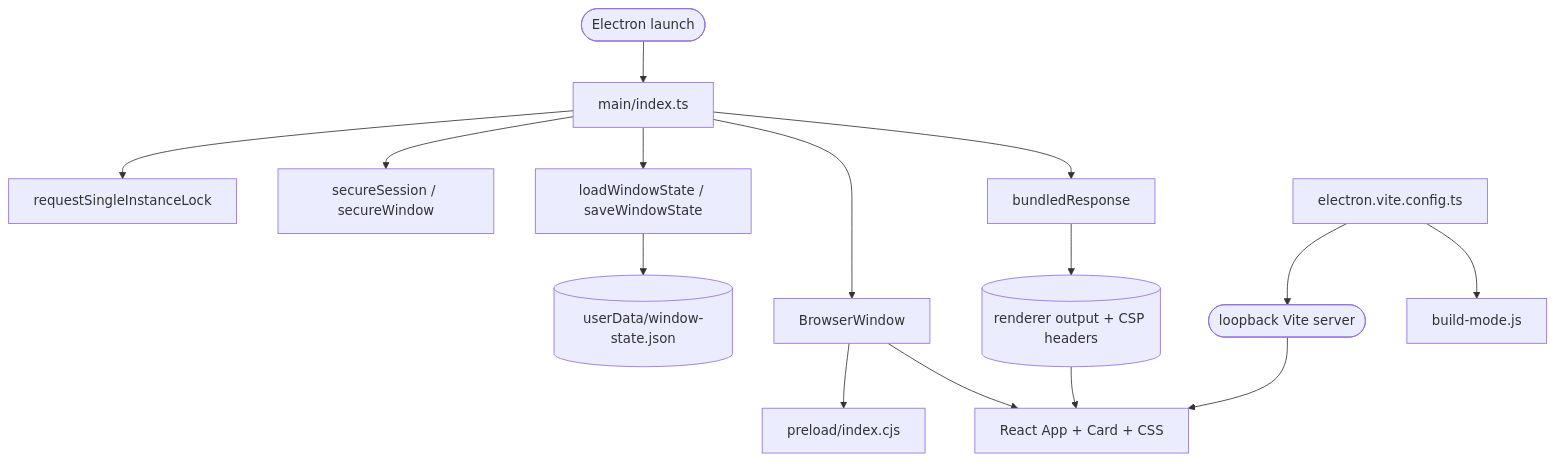
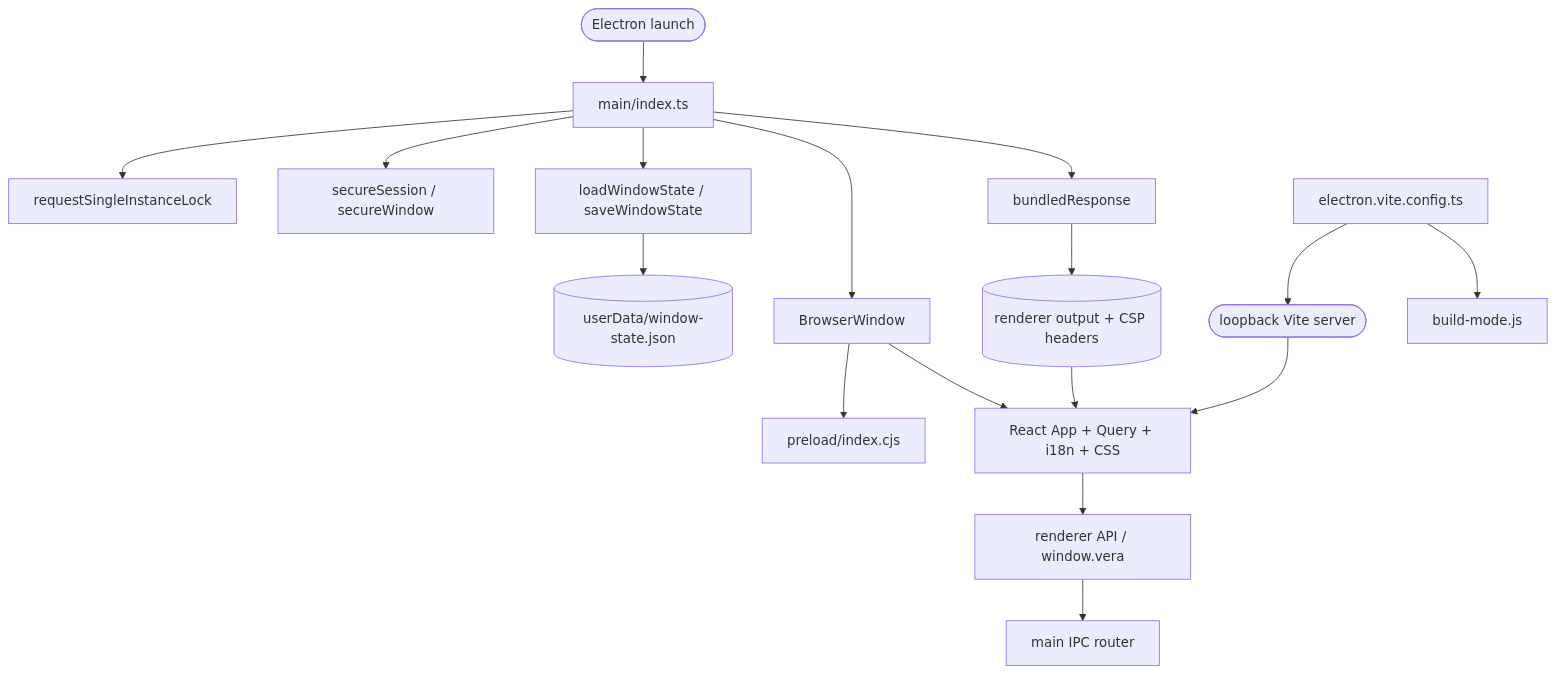
The diagram in .agentic/knowledge/desktop-shell.md (DDP-Engineering/2026_Virtual_Embedded_Rig_Assistant), drawn with Mermaid before and after one commit. The commit also changed other lines of this file and 52 other files, not shown here.

````diff
--- a/.agentic/knowledge/desktop-shell.md
+++ b/.agentic/knowledge/desktop-shell.md
@@ -60,17 +61,19 @@
 ```mermaid
 flowchart TD
   launch([Electron launch]) --> main[main/index.ts]
   main --> lock[requestSingleInstanceLock]
   main --> security[secureSession / secureWindow]
   main --> state[loadWindowState / saveWindowState]
   state --> file[(userData/window-state.json)]
   main --> window[BrowserWindow]
   window --> preload[preload/index.cjs]
   main --> protocol[bundledResponse]
   protocol --> assets[(renderer output + CSP headers)]
-  window --> renderer[React App + Card + CSS]
+  window --> renderer[React App + Query + i18n + CSS]
+  renderer --> api[renderer API / window.vera]
+  api --> router[main IPC router]
   assets --> renderer
   dev([loopback Vite server]) --> renderer
   config[electron.vite.config.ts] --> dev
   config --> mode[build-mode.js]
 ```
````
